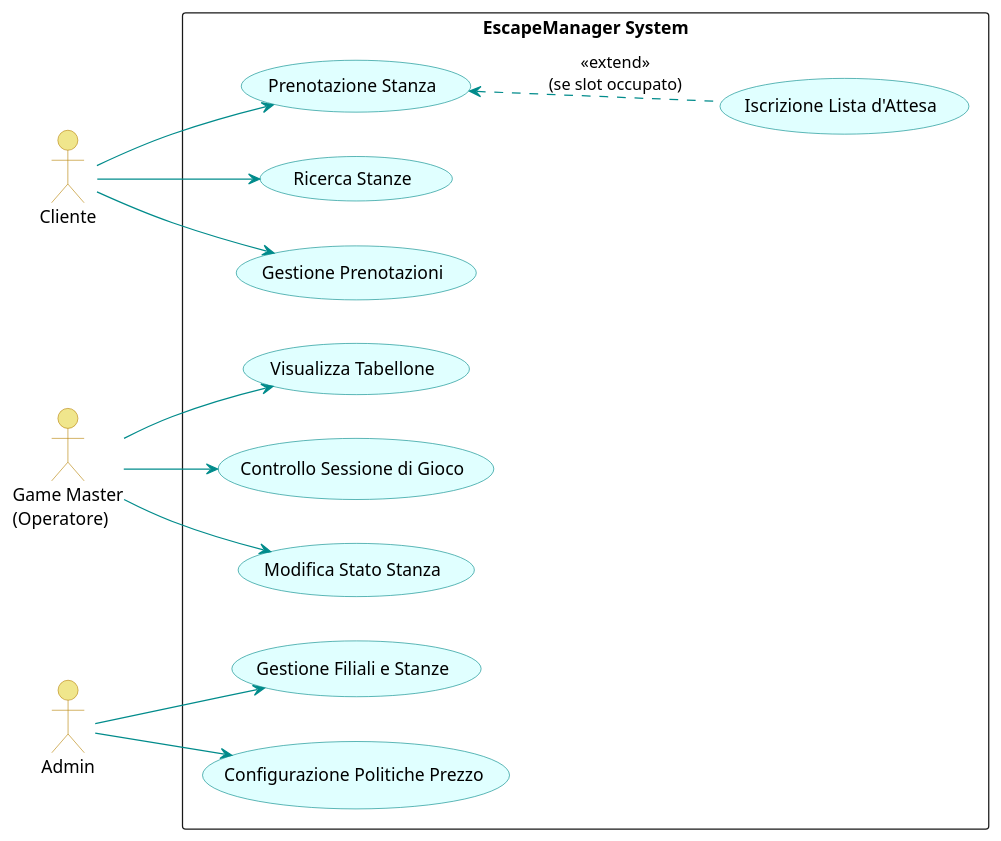
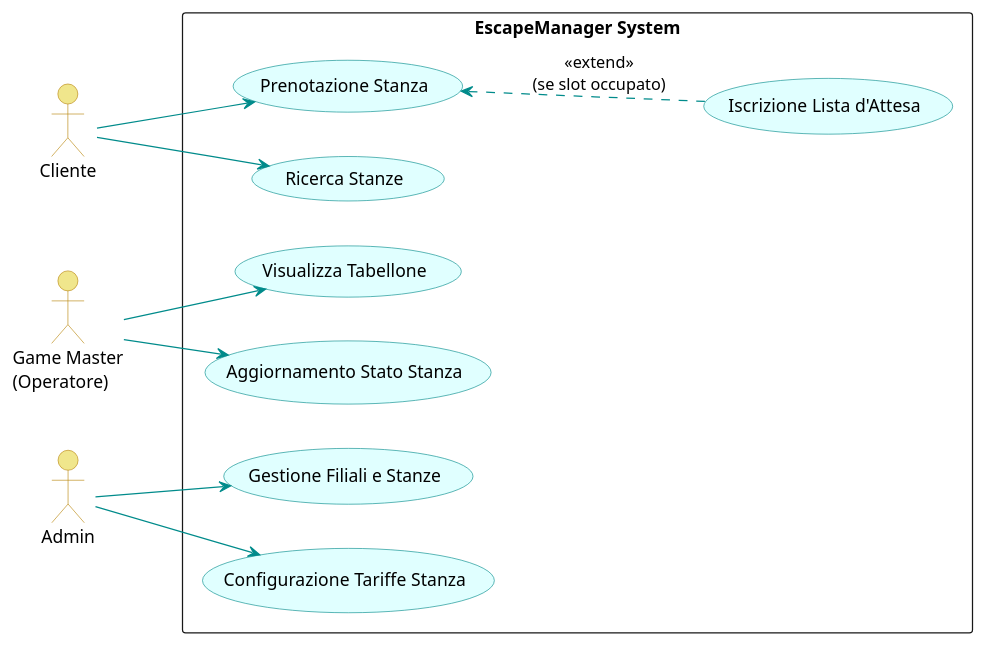
Before and after one commit to Adrycasta04/EscapeManager: the diagram in docs/UML/usecase_diagram.puml, drawn with PlantUML. The commit also changed 48 other files, not shown here.

First line of the commit message:
feat: Add UML diagrams for persistence and sequence of prenotazione

```diff
--- a/docs/UML/usecase_diagram.puml
+++ b/docs/UML/usecase_diagram.puml
@@ -1,52 +1,47 @@
 @startuml usecase_diagram
 left to right direction
 skinparam packageStyle rectangle
 skinparam usecase {
     BackgroundColor LightCyan
     BorderColor DarkCyan
     ArrowColor DarkCyan
 }
 skinparam actor {
     BackgroundColor Khaki
     BorderColor DarkGoldenRod
 }
 
 actor "Cliente" as C
 actor "Game Master\n(Operatore)" as GM
 actor "Admin" as A
 
 rectangle "EscapeManager System" {
     
     ' --- Casi d'uso Cliente ---
     usecase "Ricerca Stanze" as UC_C1
     usecase "Prenotazione Stanza" as UC_C2
     usecase "Iscrizione Lista d'Attesa" as UC_C3
-    usecase "Gestione Prenotazioni" as UC_C4
     
     ' --- Casi d'uso Game Master ---
     usecase "Visualizza Tabellone" as UC_GM1
-    usecase "Controllo Sessione di Gioco" as UC_GM2
-    usecase "Modifica Stato Stanza" as UC_GM3
+    usecase "Aggiornamento Stato Stanza" as UC_GM3
     
     ' --- Casi d'uso Admin ---
     usecase "Gestione Filiali e Stanze" as UC_A1
-    usecase "Configurazione Politiche Prezzo" as UC_A2
+    usecase "Configurazione Tariffe Stanza" as UC_A2
 }
 
 ' --- Relazioni Attori -> Casi d'uso ---
 C --> UC_C1
 C --> UC_C2
-C --> UC_C4
 
 GM --> UC_GM1
-GM --> UC_GM2
 GM --> UC_GM3
 
 A --> UC_A1
 A --> UC_A2
 
 ' --- Relazioni <<extend>> (Flussi alternativi/opzionali) ---
-' L'iscrizione alla lista d'attesa è un'estensione del tentativo di prenotazione se lo slot è pieno
 UC_C3 .up.> UC_C2 : <<extend>>\n(se slot occupato)
 
 @enduml
```
